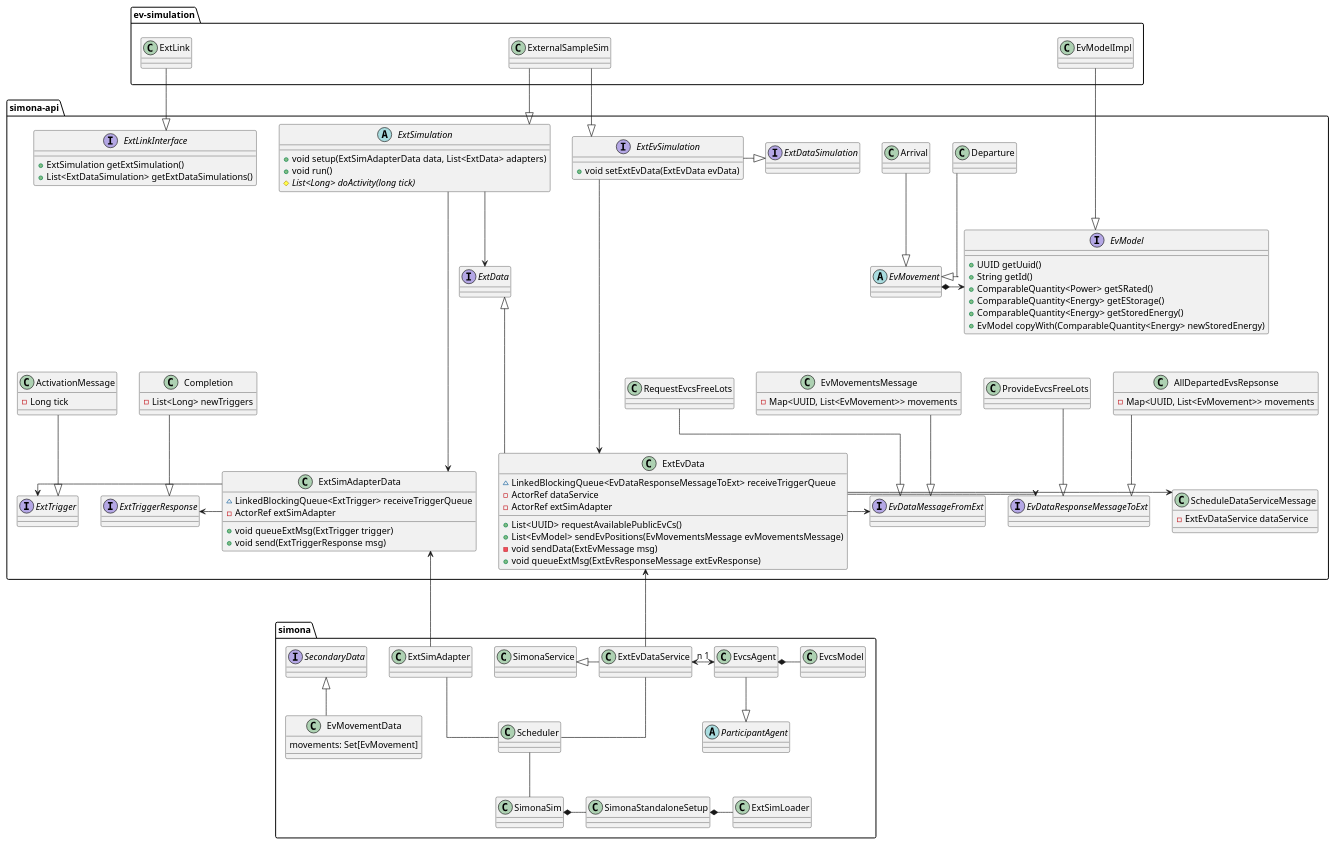
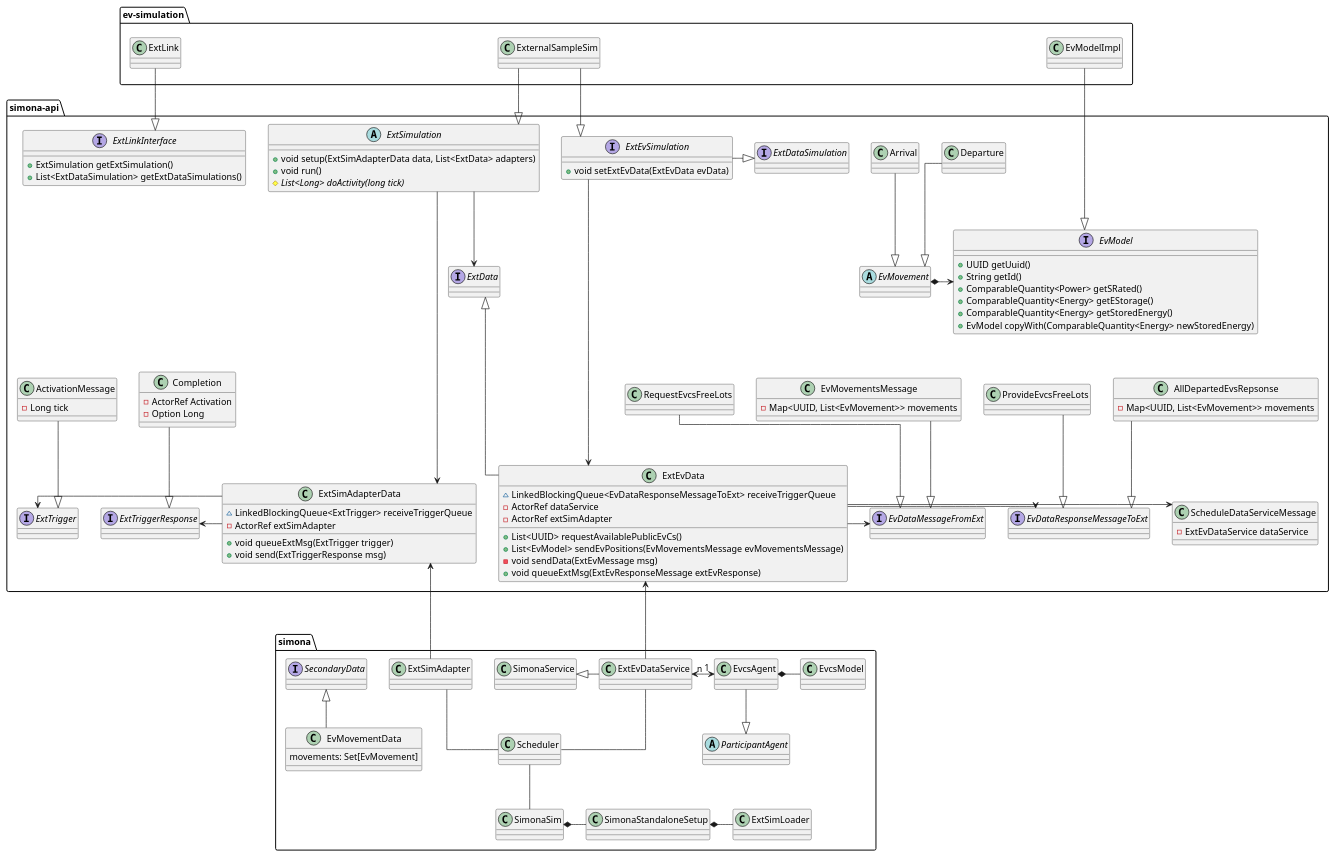
One commit to ie3-institute/simona changed the diagram in docs/uml/main/ExtEvSimulationClasses.puml. Above: the diagram before and after it, drawn with PlantUML.

Commit message:
Adapted UML Class Completion to existing variables

```diff
--- a/docs/uml/main/ExtEvSimulationClasses.puml
+++ b/docs/uml/main/ExtEvSimulationClasses.puml
@@ -165,7 +165,8 @@
 
     interface ExtTriggerResponse
     class Completion {
-        - List<Long> newTriggers
+        - ActorRef Activation
+        - Option Long
     }
     Completion --|> ExtTriggerResponse
 
```
